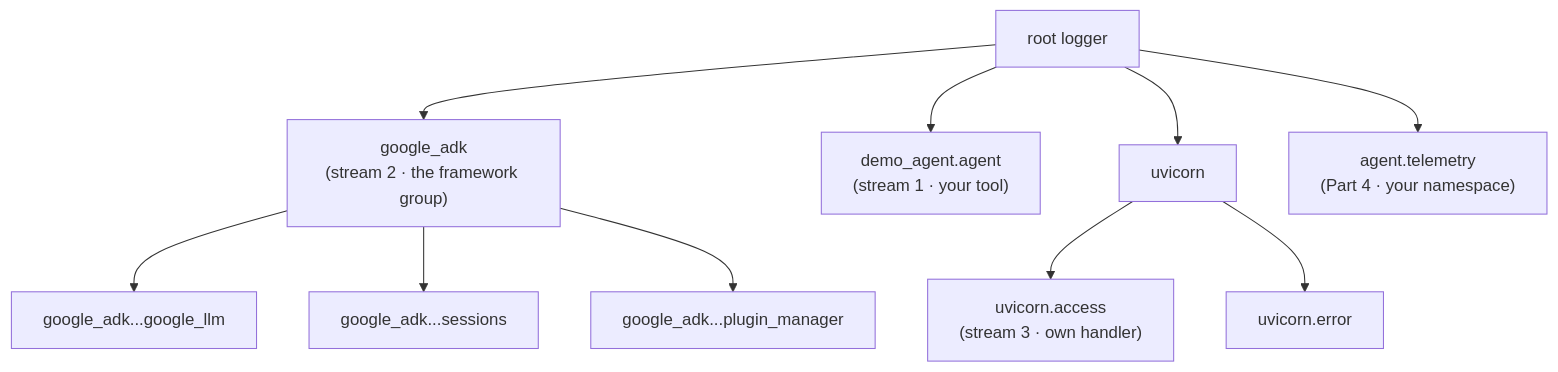
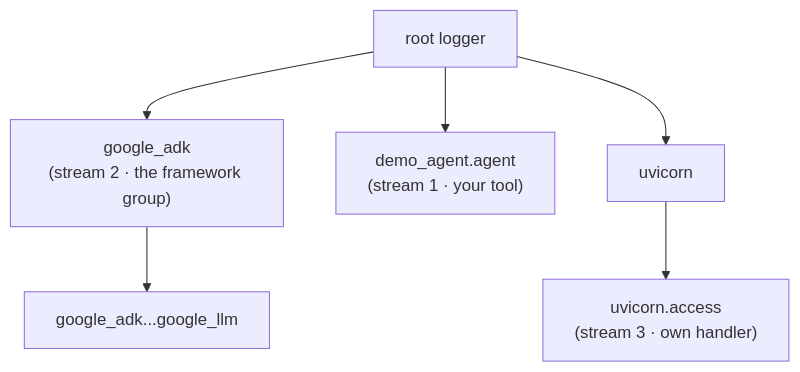
The diagram in ai/adk/logging/tutorial/00-setup.md (roitraining/gcp-demos), drawn with Mermaid before and after one commit. The commit also changed other lines of this file and 16 other files, not shown here.

````diff
--- a/ai/adk/logging/tutorial/00-setup.md
+++ b/ai/adk/logging/tutorial/00-setup.md
@@ -67,13 +102,9 @@
 ```mermaid
 flowchart TD
   root["root logger"]
   root --> ga["google_adk<br/>(stream 2 · the framework group)"]
   root --> da["demo_agent.agent<br/>(stream 1 · your tool)"]
   root --> uv["uvicorn"]
-  root --> at["agent.telemetry<br/>(Part 4 · your namespace)"]
   ga --> gllm["google_adk...google_llm"]
-  ga --> gsess["google_adk...sessions"]
-  ga --> gplug["google_adk...plugin_manager"]
   uv --> ua["uvicorn.access<br/>(stream 3 · own handler)"]
-  uv --> ue["uvicorn.error"]
 ```
````
